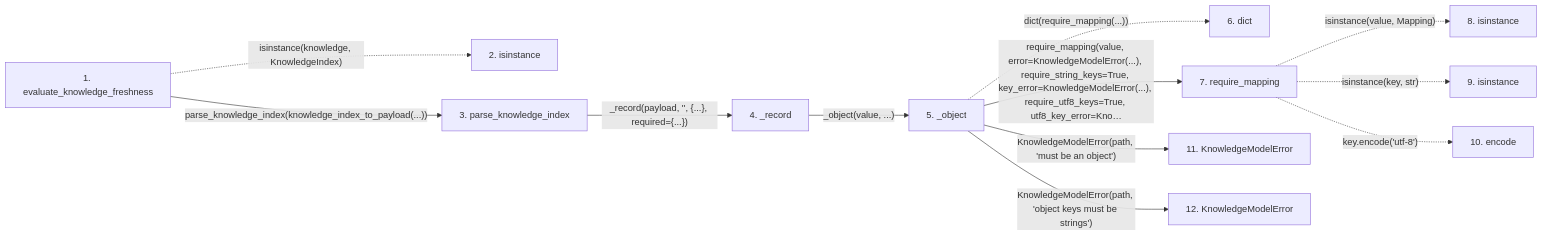
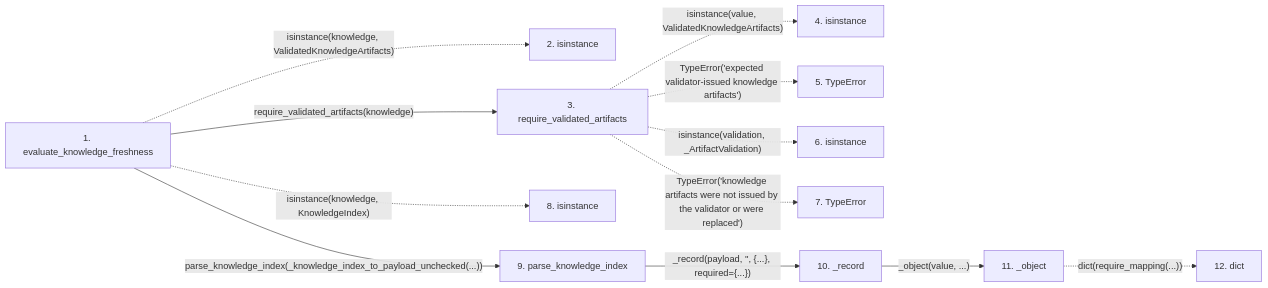
Before and after one commit to Denissvgn/python-wiki-llm: the second of 2 diagrams in docs/llm_wiki/flows/api-evaluate_knowledge_freshness.md, drawn with Mermaid. The commit also changed other lines of this file and 240 other files, not shown here.

````diff
--- a/docs/llm_wiki/flows/api-evaluate_knowledge_freshness.md
+++ b/docs/llm_wiki/flows/api-evaluate_knowledge_freshness.md
@@ -82,33 +83,31 @@
 ```mermaid
 flowchart LR
     s1["1. evaluate_knowledge_freshness"]
     s2["2. isinstance"]
-    s3["3. parse_knowledge_index"]
-    s4["4. _record"]
-    s5["5. _object"]
-    s6["6. dict"]
-    s7["7. require_mapping"]
+    s3["3. require_validated_artifacts"]
+    s4["4. isinstance"]
+    s5["5. TypeError"]
+    s6["6. isinstance"]
+    s7["7. TypeError"]
     s8["8. isinstance"]
-    s9["9. isinstance"]
-    s10["10. encode"]
-    s11["11. KnowledgeModelError"]
-    s12["12. KnowledgeModelError"]
-    s1 -. "isinstance(knowledge, KnowledgeIndex)" .-> s2
-    s1 -->|"parse_knowledge_index(knowledge_index_to_payload(...))"| s3
-    s3 -->|"_record(payload, '', {...}, required={...})"| s4
-    s4 -->|"_object(value, ...)"| s5
-    s5 -. "dict(require_mapping(...))" .-> s6
-    s5 -->|"require_mapping(value, error=KnowledgeModelError(...), require_string_keys=True, key_error=KnowledgeModelError(...), require_utf8_keys=True, utf8_key_error=Kno…"| s7
-    s7 -. "isinstance(value, Mapping)" .-> s8
-    s7 -. "isinstance(key, str)" .-> s9
-    s7 -. "key.encode('utf-8')" .-> s10
-    s5 -->|"KnowledgeModelError(path, 'must be an object')"| s11
-    s5 -->|"KnowledgeModelError(path, 'object keys must be strings')"| s12
+    s9["9. parse_knowledge_index"]
+    s10["10. _record"]
+    s11["11. _object"]
+    s12["12. dict"]
+    s1 -. "isinstance(knowledge, ValidatedKnowledgeArtifacts)" .-> s2
+    s1 -->|"require_validated_artifacts(knowledge)"| s3
+    s3 -. "isinstance(value, ValidatedKnowledgeArtifacts)" .-> s4
+    s3 -. "TypeError('expected validator-issued knowledge artifacts')" .-> s5
+    s3 -. "isinstance(validation, _ArtifactValidation)" .-> s6
+    s3 -. "TypeError('knowledge artifacts were not issued by the validator or were replaced')" .-> s7
+    s1 -. "isinstance(knowledge, KnowledgeIndex)" .-> s8
+    s1 -->|"parse_knowledge_index(_knowledge_index_to_payload_unchecked(...))"| s9
+    s9 -->|"_record(payload, '', {...}, required={...})"| s10
+    s10 -->|"_object(value, ...)"| s11
+    s11 -. "dict(require_mapping(...))" .-> s12
     click s1 "../modules/knowledge_freshness.md"
-    click s3 "../modules/knowledge_model.md"
-    click s4 "../modules/knowledge_model.md"
-    click s5 "../modules/knowledge_model.md"
-    click s7 "../modules/validation.md"
+    click s3 "../modules/knowledge_artifacts.md"
+    click s9 "../modules/knowledge_model.md"
+    click s10 "../modules/knowledge_model.md"
     click s11 "../modules/knowledge_model.md"
-    click s12 "../modules/knowledge_model.md"
 ```
````
